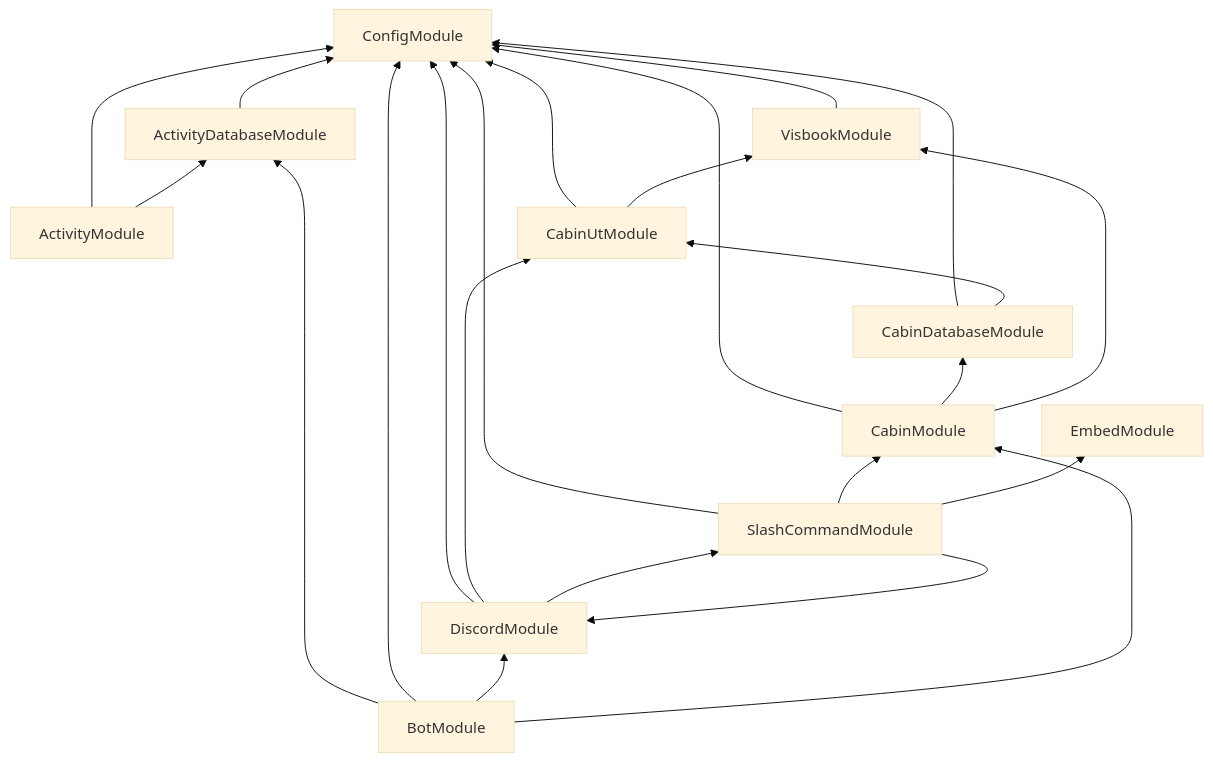
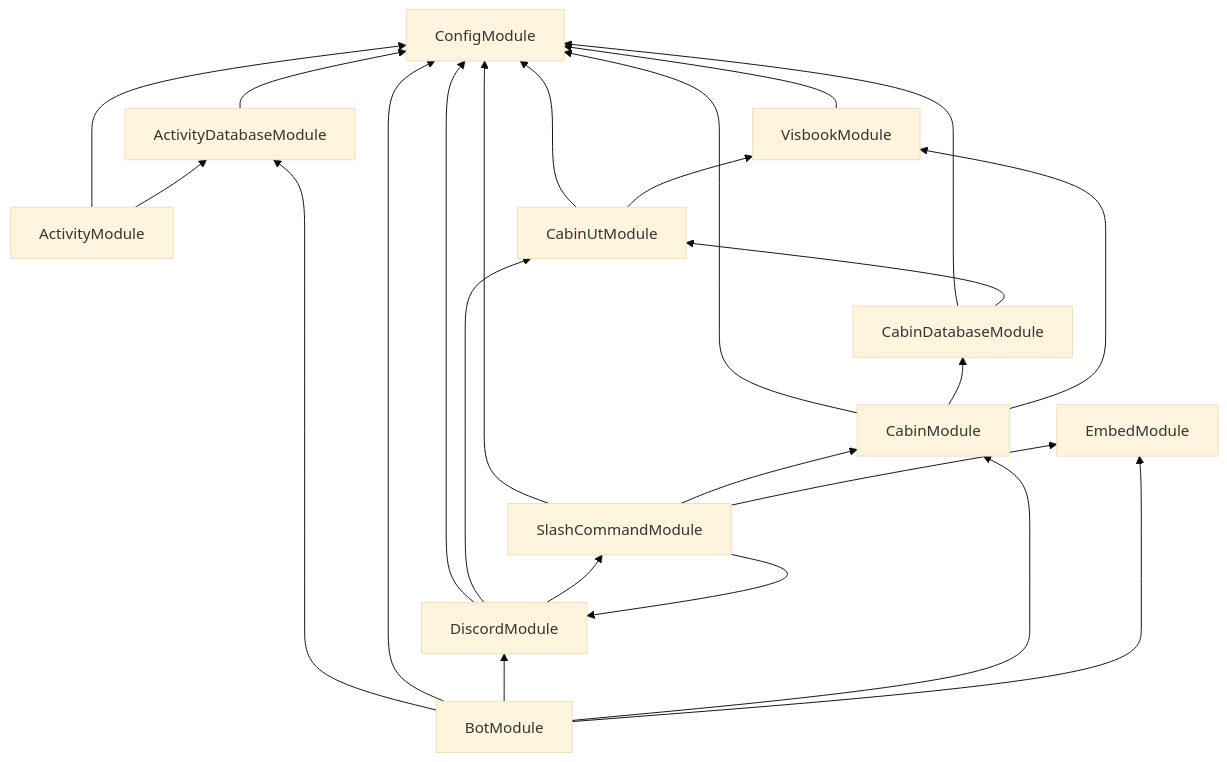
One commit to gingermusketeer/dnt-discord-bot changed the diagram in docs/dev-guide/modules.md. Above: the diagram before and after it, drawn with Mermaid (base theme). The commit also changed 2 other files, not shown here.

Commit message:
Remove duplicate methods

````diff
--- a/docs/dev-guide/modules.md
+++ b/docs/dev-guide/modules.md
@@ -5,27 +5,28 @@
 ```mermaid
 flowchart BT
 
 ActivityModule --> ConfigModule
 ActivityModule --> ActivityDatabaseModule
 ActivityDatabaseModule --> ConfigModule
 BotModule --> ActivityDatabaseModule
 BotModule --> ConfigModule
 BotModule --> DiscordModule
 BotModule --> CabinModule
+BotModule --> EmbedModule
 CabinModule --> ConfigModule
 CabinModule --> CabinDatabaseModule
 CabinModule --> VisbookModule
 CabinDatabaseModule --> ConfigModule
 CabinDatabaseModule --> CabinUtModule
 CabinUtModule --> ConfigModule
 CabinUtModule --> VisbookModule
 DiscordModule --> ConfigModule
 DiscordModule --> CabinUtModule
 DiscordModule --> SlashCommandModule
 EmbedModule
 SlashCommandModule --> ConfigModule
 SlashCommandModule --> CabinModule
 SlashCommandModule --> DiscordModule
 SlashCommandModule --> EmbedModule
 VisbookModule --> ConfigModule
 ```
````
